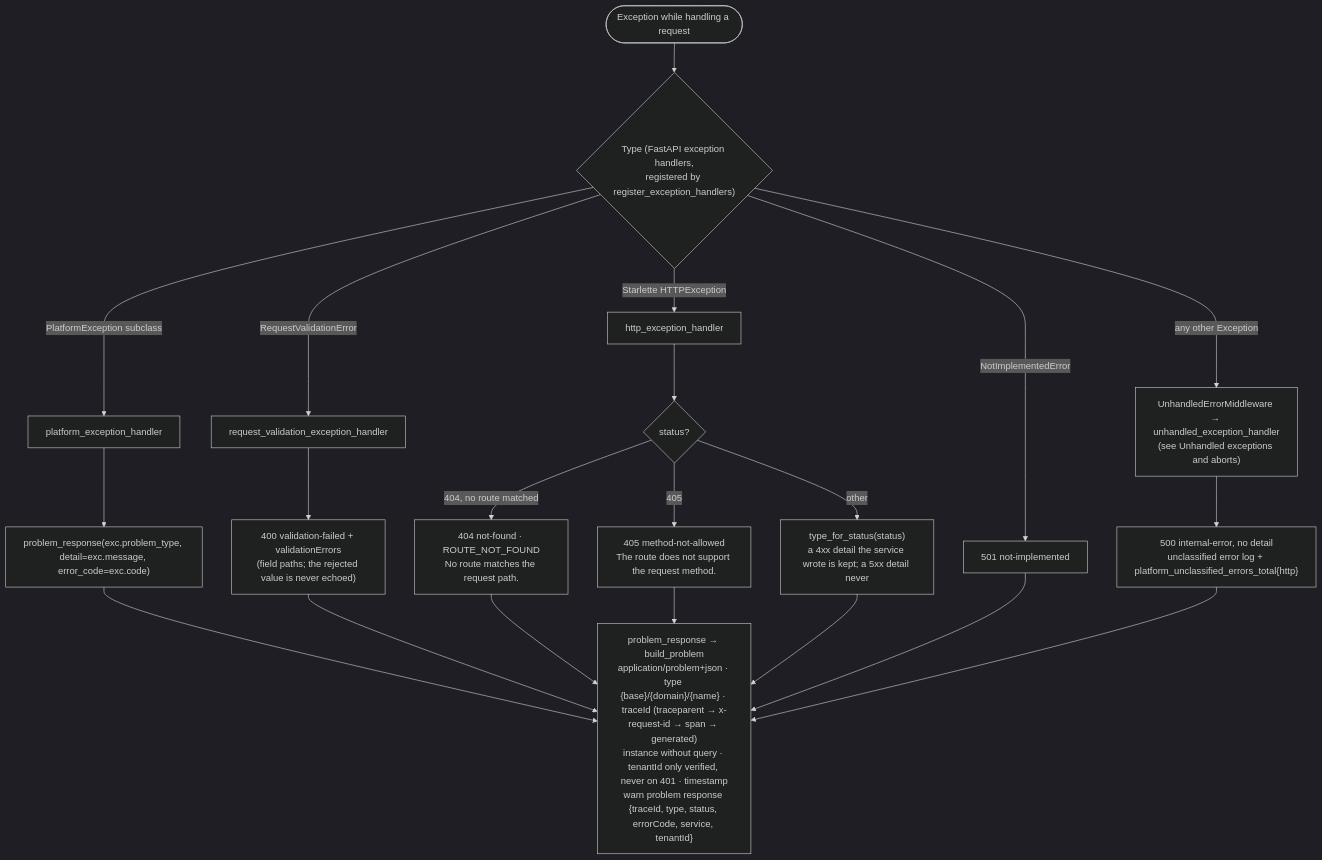
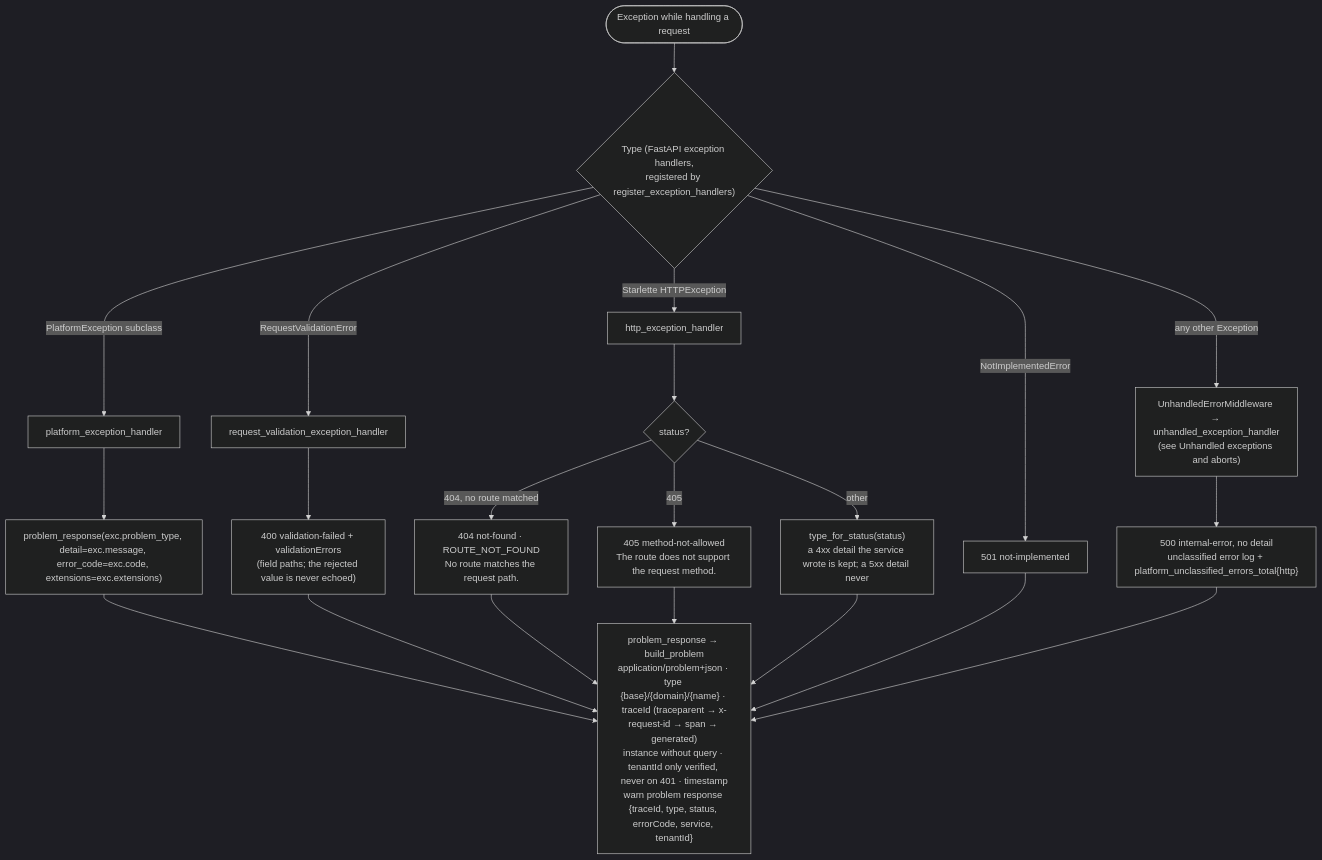
One commit to BCBP-SOLUTIONS-FZC-LLC/platform-fastapicommon changed the diagram in docs/architecture/mermaid/exception-handling-flow.mmd. Above: the diagram before and after it, drawn with Mermaid (dark theme). The commit also changed 13 other files, not shown here.

```diff
--- a/docs/architecture/mermaid/exception-handling-flow.mmd
+++ b/docs/architecture/mermaid/exception-handling-flow.mmd
@@ -1,28 +1,28 @@
 flowchart TD
     A(["Exception while handling a request"]) --> B{"Type (FastAPI exception handlers,<br/>registered by register_exception_handlers)"}
 
     B -->|"PlatformException subclass"| C["platform_exception_handler"]
-    C --> D["problem_response(exc.problem_type, detail=exc.message, error_code=exc.code)"]
+    C --> D["problem_response(exc.problem_type, detail=exc.message, error_code=exc.code, extensions=exc.extensions)"]
 
     B -->|"RequestValidationError"| E["request_validation_exception_handler"]
     E --> F["400 validation-failed + validationErrors<br/>(field paths; the rejected value is never echoed)"]
 
     B -->|"Starlette HTTPException"| G["http_exception_handler"]
     G --> G1{"status?"}
     G1 -->|"404, no route matched"| G2["404 not-found · ROUTE_NOT_FOUND<br/>No route matches the request path."]
     G1 -->|"405"| G3["405 method-not-allowed<br/>The route does not support the request method."]
     G1 -->|"other"| G4["type_for_status(status)<br/>a 4xx detail the service wrote is kept; a 5xx detail never"]
 
     B -->|"NotImplementedError"| N["501 not-implemented"]
 
     B -->|"any other Exception"| I["UnhandledErrorMiddleware → unhandled_exception_handler<br/>(see Unhandled exceptions and aborts)"]
     I --> J["500 internal-error, no detail<br/>unclassified error log + platform_unclassified_errors_total{http}"]
 
     D --> P
     F --> P
     G2 --> P
     G3 --> P
     G4 --> P
     N --> P
     J --> P
     P["problem_response → build_problem<br/>application/problem+json · type {base}/{domain}/{name} · traceId (traceparent → x-request-id → span → generated)<br/>instance without query · tenantId only verified, never on 401 · timestamp<br/>warn problem response {traceId, type, status, errorCode, service, tenantId}"]
```
